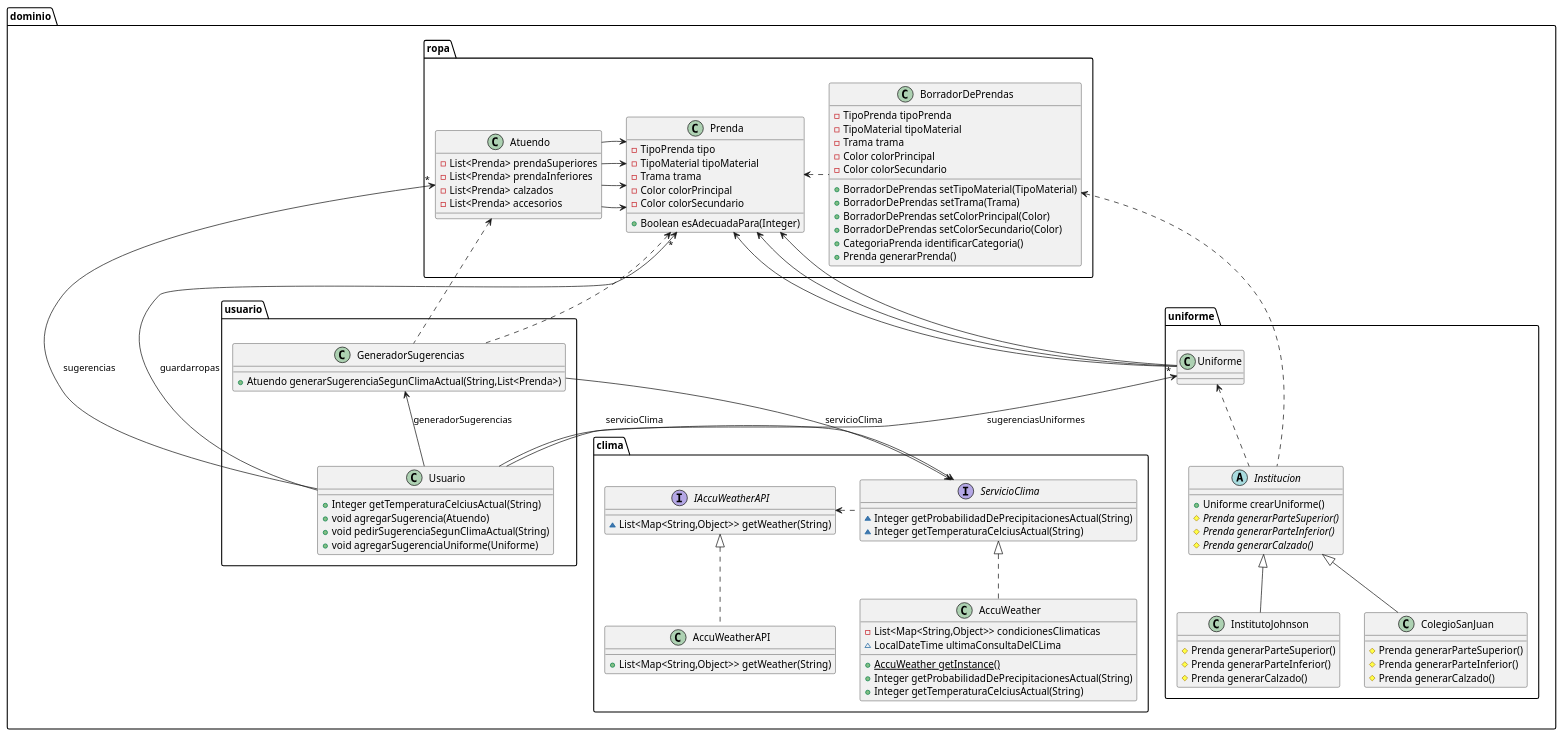
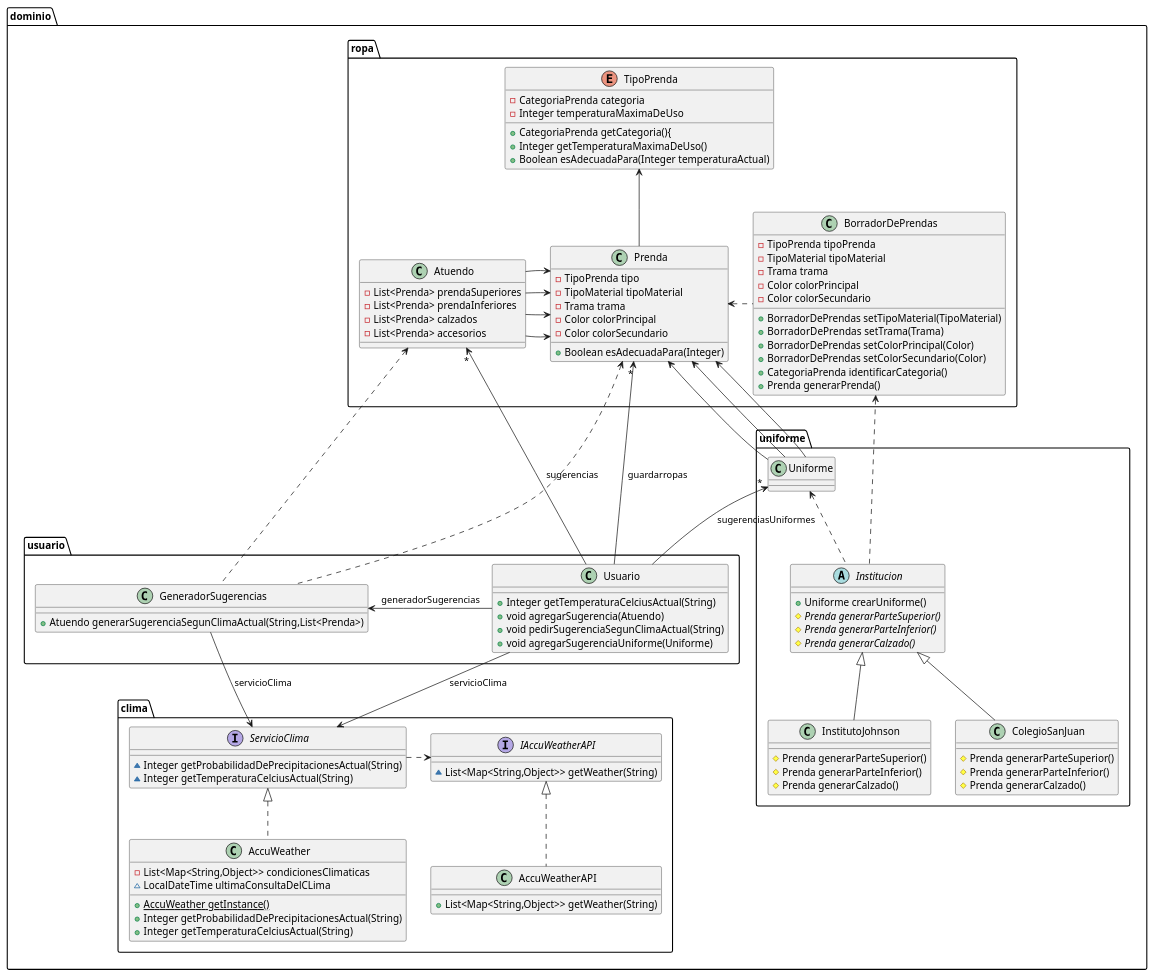
Before and after one commit to AlejandroDeheza/QMP: the diagram in diagramas/qmp4.puml, drawn with PlantUML. The commit also changed 2 other files, not shown here.

Commit message:
Actualizo diagramas

```diff
--- a/diagramas/qmp4.puml
+++ b/diagramas/qmp4.puml
@@ -1,99 +1,109 @@
 @startuml
 abstract class dominio.uniforme.Institucion {
 + Uniforme crearUniforme()
 # {abstract}Prenda generarParteSuperior()
 # {abstract}Prenda generarParteInferior()
 # {abstract}Prenda generarCalzado()
 }
 class dominio.clima.AccuWeatherAPI {
 + List<Map<String,Object>> getWeather(String)
 }
 interface dominio.clima.IAccuWeatherAPI {
 ~ List<Map<String,Object>> getWeather(String)
 }
 class dominio.uniforme.InstitutoJohnson {
 # Prenda generarParteSuperior()
 # Prenda generarParteInferior()
 # Prenda generarCalzado()
 }
 class dominio.usuario.Usuario {
 + Integer getTemperaturaCelciusActual(String)
 + void agregarSugerencia(Atuendo)
 + void pedirSugerenciaSegunClimaActual(String)
 + void agregarSugerenciaUniforme(Uniforme)
 }
 class dominio.ropa.BorradorDePrendas {
 - TipoPrenda tipoPrenda
 - TipoMaterial tipoMaterial
 - Trama trama
 - Color colorPrincipal
 - Color colorSecundario
 + BorradorDePrendas setTipoMaterial(TipoMaterial)
 + BorradorDePrendas setTrama(Trama)
 + BorradorDePrendas setColorPrincipal(Color)
 + BorradorDePrendas setColorSecundario(Color)
 + CategoriaPrenda identificarCategoria()
 + Prenda generarPrenda()
 }
 class dominio.clima.AccuWeather {
 - List<Map<String,Object>> condicionesClimaticas
 ~ LocalDateTime ultimaConsultaDelCLima
 + {static} AccuWeather getInstance()
 + Integer getProbabilidadDePrecipitacionesActual(String)
 + Integer getTemperaturaCelciusActual(String)
 }
 class dominio.uniforme.ColegioSanJuan {
 # Prenda generarParteSuperior()
 # Prenda generarParteInferior()
 # Prenda generarCalzado()
 }
 class dominio.usuario.GeneradorSugerencias {
 + Atuendo generarSugerenciaSegunClimaActual(String,List<Prenda>)
 }
 interface dominio.clima.ServicioClima {
 ~ Integer getProbabilidadDePrecipitacionesActual(String)
 ~ Integer getTemperaturaCelciusActual(String)
 }
 class dominio.uniforme.Uniforme {
 }
 class dominio.ropa.Prenda {
 - TipoPrenda tipo
 - TipoMaterial tipoMaterial
 - Trama trama
 - Color colorPrincipal
 - Color colorSecundario
 + Boolean esAdecuadaPara(Integer)
 }
 class dominio.ropa.Atuendo {
 - List<Prenda> prendaSuperiores
 - List<Prenda> prendaInferiores
 - List<Prenda> calzados
 - List<Prenda> accesorios
 }
 
+enum dominio.ropa.TipoPrenda {
+- CategoriaPrenda categoria
+- Integer temperaturaMaximaDeUso
++ CategoriaPrenda getCategoria(){
++ Integer getTemperaturaMaximaDeUso()
++ Boolean esAdecuadaPara(Integer temperaturaActual)
+}
+
+dominio.ropa.TipoPrenda <--down dominio.ropa.Prenda
+
 dominio.uniforme.Institucion <|-- dominio.uniforme.InstitutoJohnson
 dominio.uniforme.Institucion <|-- dominio.uniforme.ColegioSanJuan
 dominio.ropa.Prenda <-- dominio.uniforme.Uniforme
 dominio.ropa.Prenda <-- dominio.uniforme.Uniforme
 dominio.ropa.Prenda <-- dominio.uniforme.Uniforme
 dominio.ropa.Prenda <--left dominio.ropa.Atuendo
 dominio.ropa.Prenda <-- dominio.ropa.Atuendo
 dominio.ropa.Prenda <-- dominio.ropa.Atuendo
 dominio.ropa.Prenda <-- dominio.ropa.Atuendo
 dominio.uniforme.Uniforme "*" <-- dominio.usuario.Usuario: sugerenciasUniformes
 dominio.uniforme.Uniforme <.. dominio.uniforme.Institucion
 dominio.ropa.BorradorDePrendas <.. dominio.uniforme.Institucion
 dominio.ropa.Prenda <..right dominio.ropa.BorradorDePrendas
 
 dominio.ropa.Prenda "*" <-- dominio.usuario.Usuario: guardarropas
 dominio.ropa.Atuendo "*" <-- dominio.usuario.Usuario: sugerencias
-dominio.usuario.GeneradorSugerencias <-- dominio.usuario.Usuario: generadorSugerencias
-dominio.clima.ServicioClima <--left dominio.usuario.Usuario: servicioClima
-dominio.clima.ServicioClima <-- dominio.usuario.GeneradorSugerencias: servicioClima
-dominio.clima.IAccuWeatherAPI <..right dominio.clima.ServicioClima
+dominio.usuario.GeneradorSugerencias <--left dominio.usuario.Usuario: generadorSugerencias
+dominio.clima.ServicioClima <--up dominio.usuario.Usuario: servicioClima
+dominio.clima.ServicioClima <--up dominio.usuario.GeneradorSugerencias: servicioClima
+dominio.clima.IAccuWeatherAPI <..left dominio.clima.ServicioClima
 dominio.ropa.Atuendo <.. dominio.usuario.GeneradorSugerencias
 dominio.ropa.Prenda <.. dominio.usuario.GeneradorSugerencias
 
 dominio.clima.IAccuWeatherAPI <|.. dominio.clima.AccuWeatherAPI
 dominio.clima.ServicioClima <|.. dominio.clima.AccuWeather
 @enduml
```
